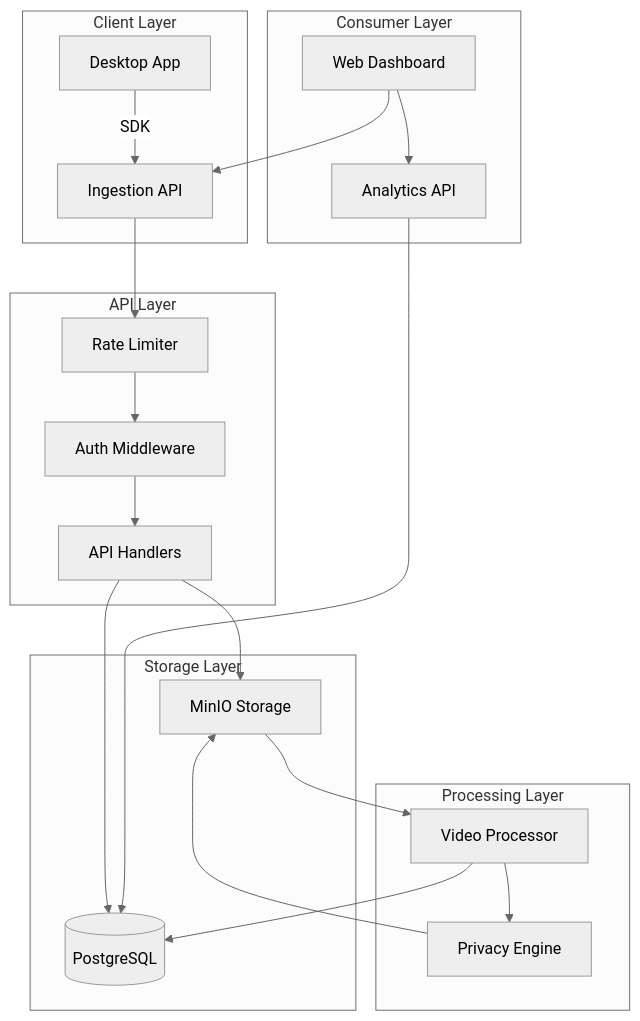
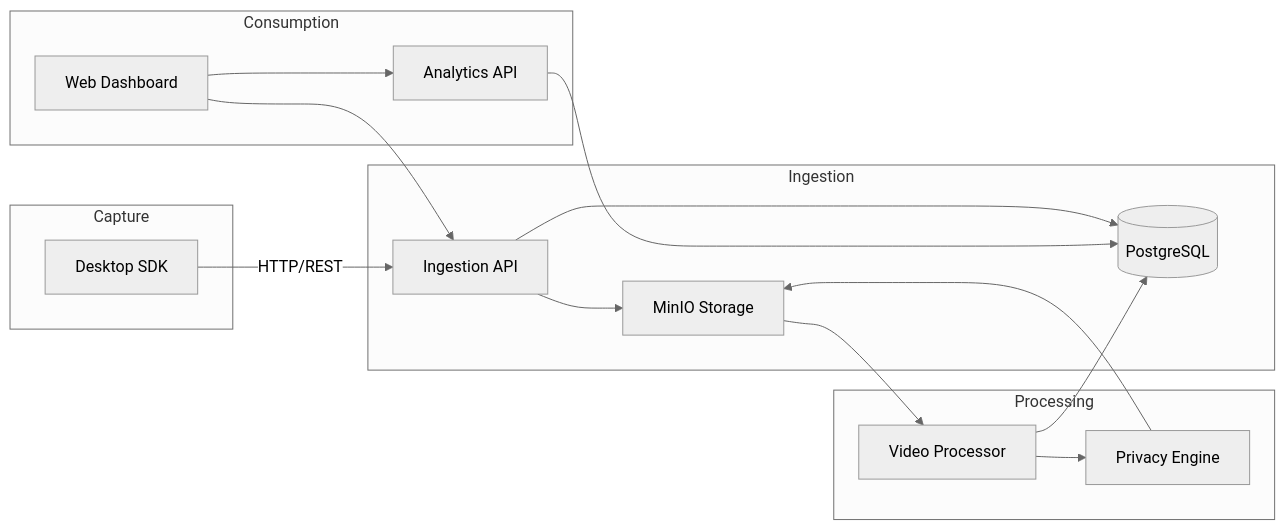
One commit to etherman-os/Chronoscope changed the first of 4 diagrams in docs/ARCHITECTURE.md. Above: the diagram before and after it, drawn with Mermaid (neutral theme). The commit also changed other lines of this file and 717 other files, not shown here.

````diff
--- a/docs/ARCHITECTURE.md
+++ b/docs/ARCHITECTURE.md
@@ -23,30 +23,33 @@
 ```mermaid
-graph TD
-    subgraph "Client Layer"
-        A[Desktop App] -->|SDK| B[Ingestion API]
+flowchart LR
+    subgraph Capture
+        SDK[Desktop SDK]
     end
 
-    subgraph "API Layer"
-        B --> C[Rate Limiter]
-        C --> D[Auth Middleware]
-        D --> E[API Handlers]
+    subgraph Ingestion
+        API[Ingestion API]
+        DB[(PostgreSQL)]
+        S3[MinIO Storage]
     end
 
-    subgraph "Storage Layer"
-        E --> F[(PostgreSQL)]
-        E --> G[MinIO Storage]
+    subgraph Processing
+        VP[Video Processor]
+        PE[Privacy Engine]
     end
 
-    subgraph "Processing Layer"
-        G --> H[Video Processor]
-        H --> I[Privacy Engine]
-        I --> G
-        H --> F
+    subgraph Consumption
+        WD[Web Dashboard]
+        AA[Analytics API]
     end
 
-    subgraph "Consumer Layer"
-        J[Web Dashboard] --> B
-        J --> K[Analytics API]
-        K --> F
-    end
+    SDK -->|HTTP/REST| API
+    API --> DB
+    API --> S3
+    S3 --> VP
+    VP --> PE
+    PE --> S3
+    VP --> DB
+    WD --> API
+    WD --> AA
+    AA --> DB
 ```
````
